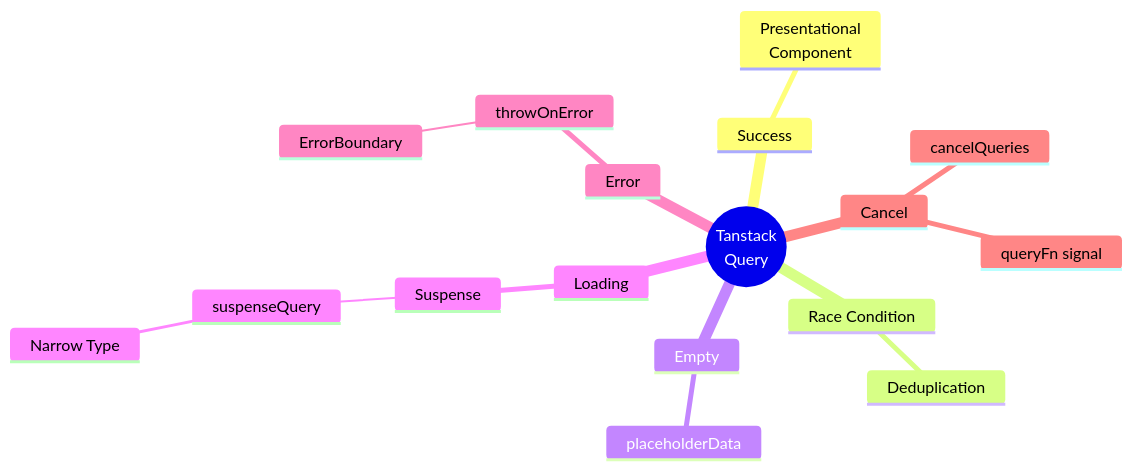
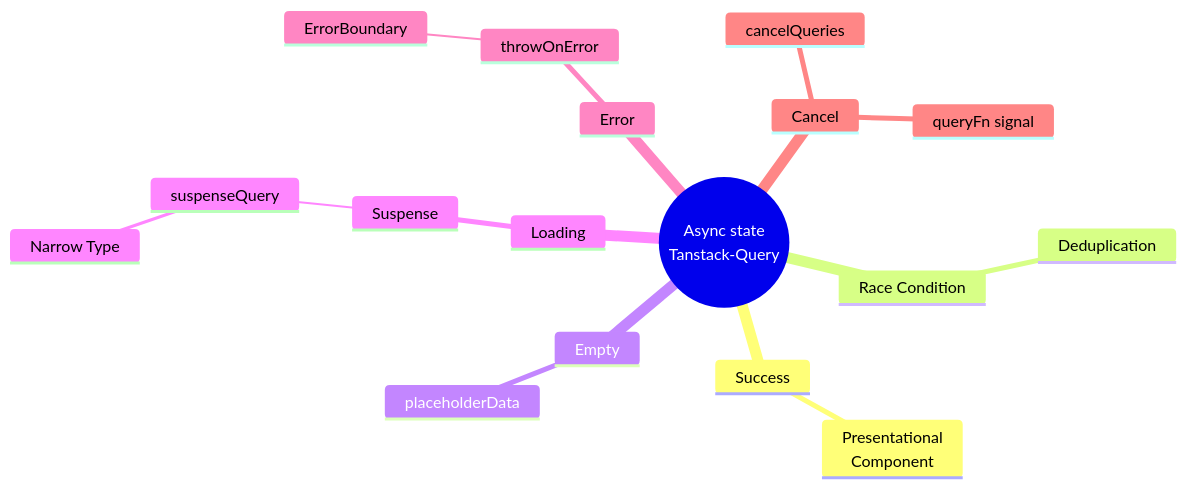
Before and after one commit to fe-dudu/fe-dudu-nextra: the diagram in pages/blog/etc/async-state.mdx, drawn with Mermaid. The commit also changed 3 other files, not shown here.

````diff
--- a/pages/blog/etc/async-state.mdx
+++ b/pages/blog/etc/async-state.mdx
@@ -3,20 +3,20 @@
 ```mermaid
 mindmap
-  root((Tanstack<br/>Query))
+  root((Async state<br/>Tanstack-Query))
     Success
      Presentational<br/>Component
     Race Condition
      Deduplication
     Empty
      placeholderData
     Loading
      Suspense
       suspenseQuery
        Narrow Type
     Error
      throwOnError
       ErrorBoundary
     Cancel
      cancelQueries
      queryFn signal  
 ```
````
